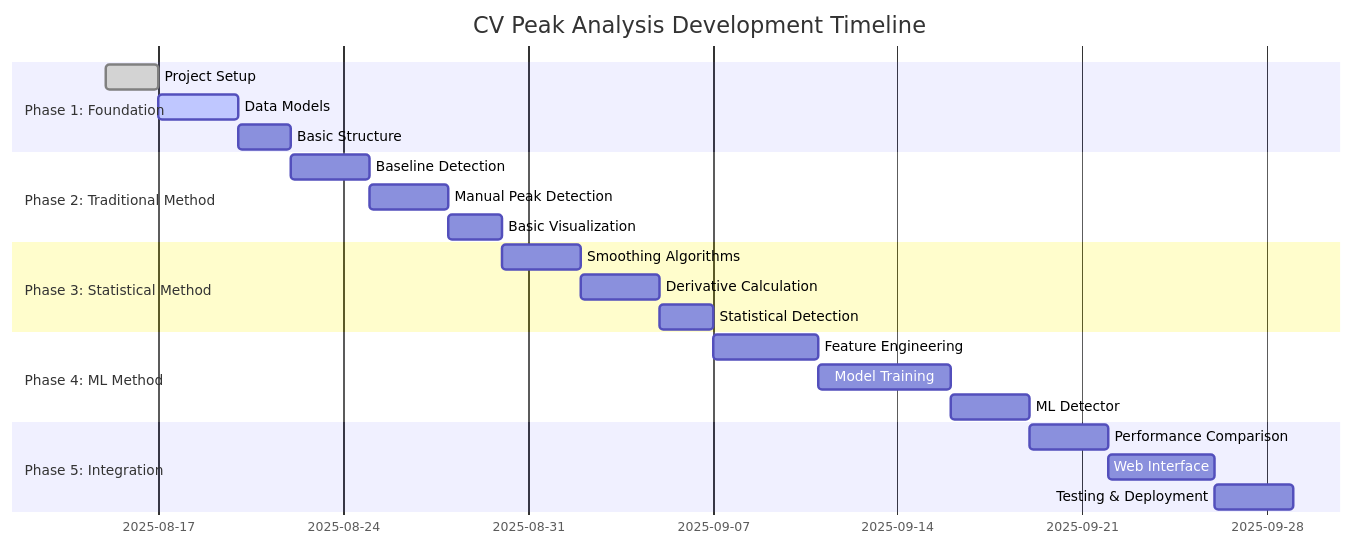
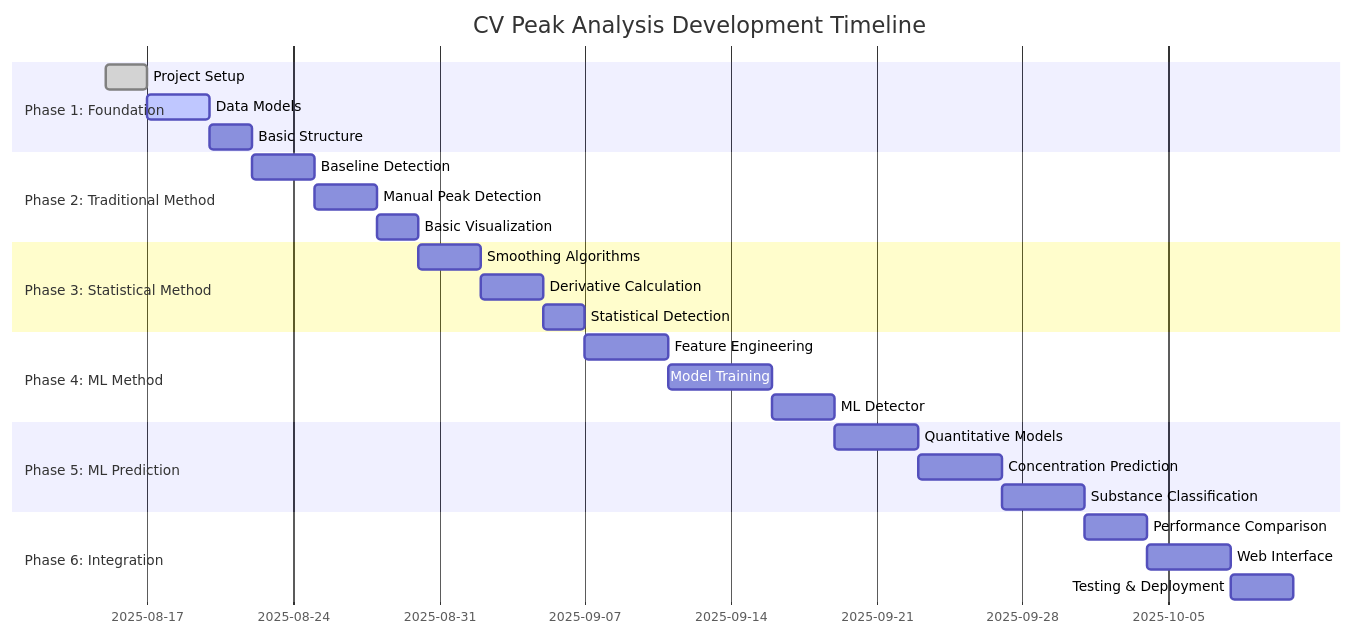
The first of 9 diagrams in docs/CV_PEAK_ANALYSIS_ROADMAP.md (koson/H743Poten-Web), drawn with Mermaid before and after one commit. The commit also changed 3 other files, not shown here.

````diff
--- a/docs/CV_PEAK_ANALYSIS_ROADMAP.md
+++ b/docs/CV_PEAK_ANALYSIS_ROADMAP.md
@@ -5,29 +5,34 @@
 ```mermaid
 gantt
     title CV Peak Analysis Development Timeline
     dateFormat  YYYY-MM-DD
     section Phase 1: Foundation
     Project Setup           :done, setup, 2025-08-15, 2d
     Data Models            :active, models, 2025-08-17, 3d
     Basic Structure        :structure, 2025-08-20, 2d
     
     section Phase 2: Traditional Method
     Baseline Detection     :baseline, after structure, 3d
     Manual Peak Detection  :manual, after baseline, 3d
     Basic Visualization    :viz1, after manual, 2d
     
     section Phase 3: Statistical Method
     Smoothing Algorithms   :smooth, after viz1, 3d
     Derivative Calculation :deriv, after smooth, 3d
     Statistical Detection  :stat, after deriv, 2d
     
     section Phase 4: ML Method
     Feature Engineering    :features, after stat, 4d
     Model Training         :training, after features, 5d
     ML Detector           :ml, after training, 3d
     
-    section Phase 5: Integration
-    Performance Comparison :perf, after ml, 3d
+    section Phase 5: ML Prediction
+    Quantitative Models   :quant, after ml, 4d
+    Concentration Prediction :conc, after quant, 4d
+    Substance Classification :subst, after conc, 4d
+    
+    section Phase 6: Integration
+    Performance Comparison :perf, after subst, 3d
     Web Interface         :web, after perf, 4d
     Testing & Deployment  :deploy, after web, 3d
 ```
````
